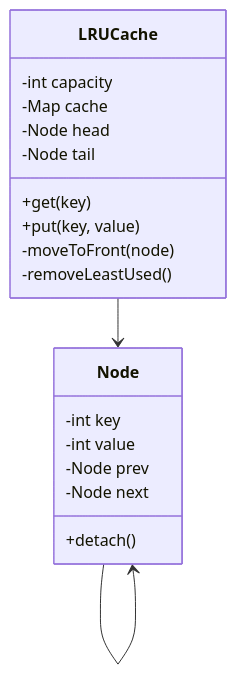
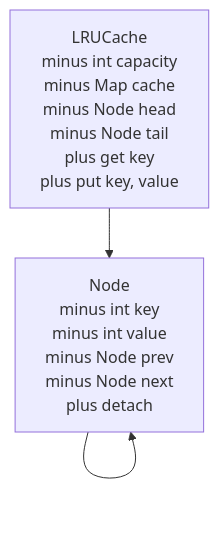
One commit to mthaiseer/springcloud-systemdesign-notes changed the eighth of 58 diagrams in LLD_NOTES/lld_visual_java_reference_fixed.md. Above: the diagram before and after it, drawn with Mermaid. The commit also changed other lines of this file, not shown here.

````diff
--- a/LLD_NOTES/lld_visual_java_reference_fixed.md
+++ b/LLD_NOTES/lld_visual_java_reference_fixed.md
@@ -518,22 +487,7 @@
 ```mermaid
-classDiagram
-  class LRUCache {
-    -int capacity
-    -Map cache
-    -Node head
-    -Node tail
-    +get(key)
-    +put(key, value)
-    -moveToFront(node)
-    -removeLeastUsed()
-  }
-  class Node {
-    -int key
-    -int value
-    -Node prev
-    -Node next
-    +detach()
-  }
-  LRUCache --> Node
-  Node --> Node
+flowchart TD
+  C1["LRUCache<br/>minus int capacity<br/>minus Map cache<br/>minus Node head<br/>minus Node tail<br/>plus get key<br/>plus put key, value"]
+  C2["Node<br/>minus int key<br/>minus int value<br/>minus Node prev<br/>minus Node next<br/>plus detach"]
+  C1 --> C2
+  C2 --> C2
 ```
````
